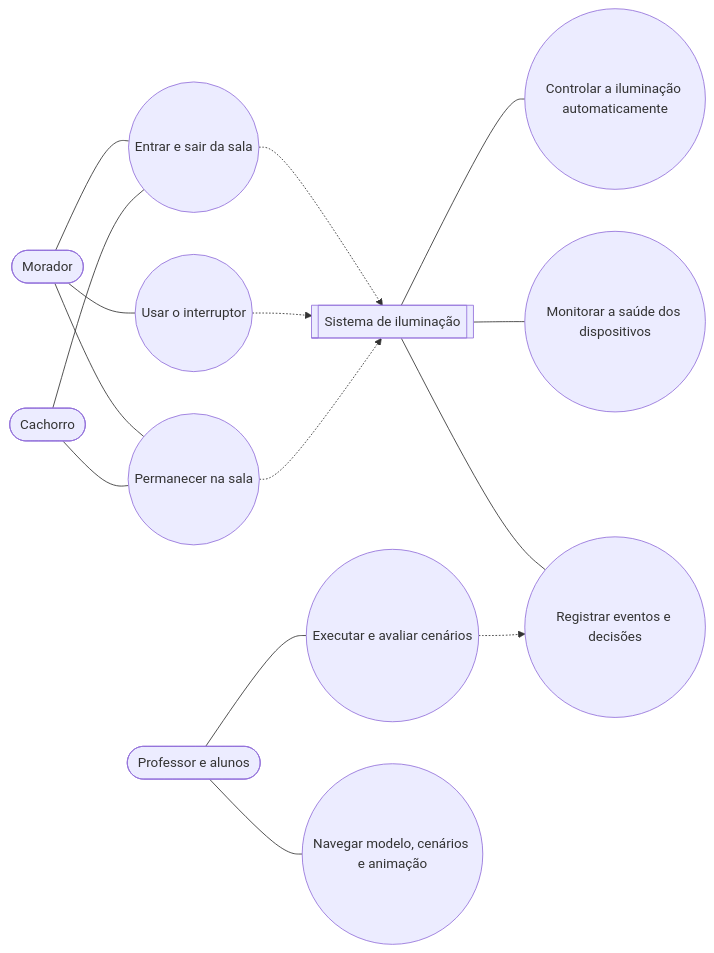
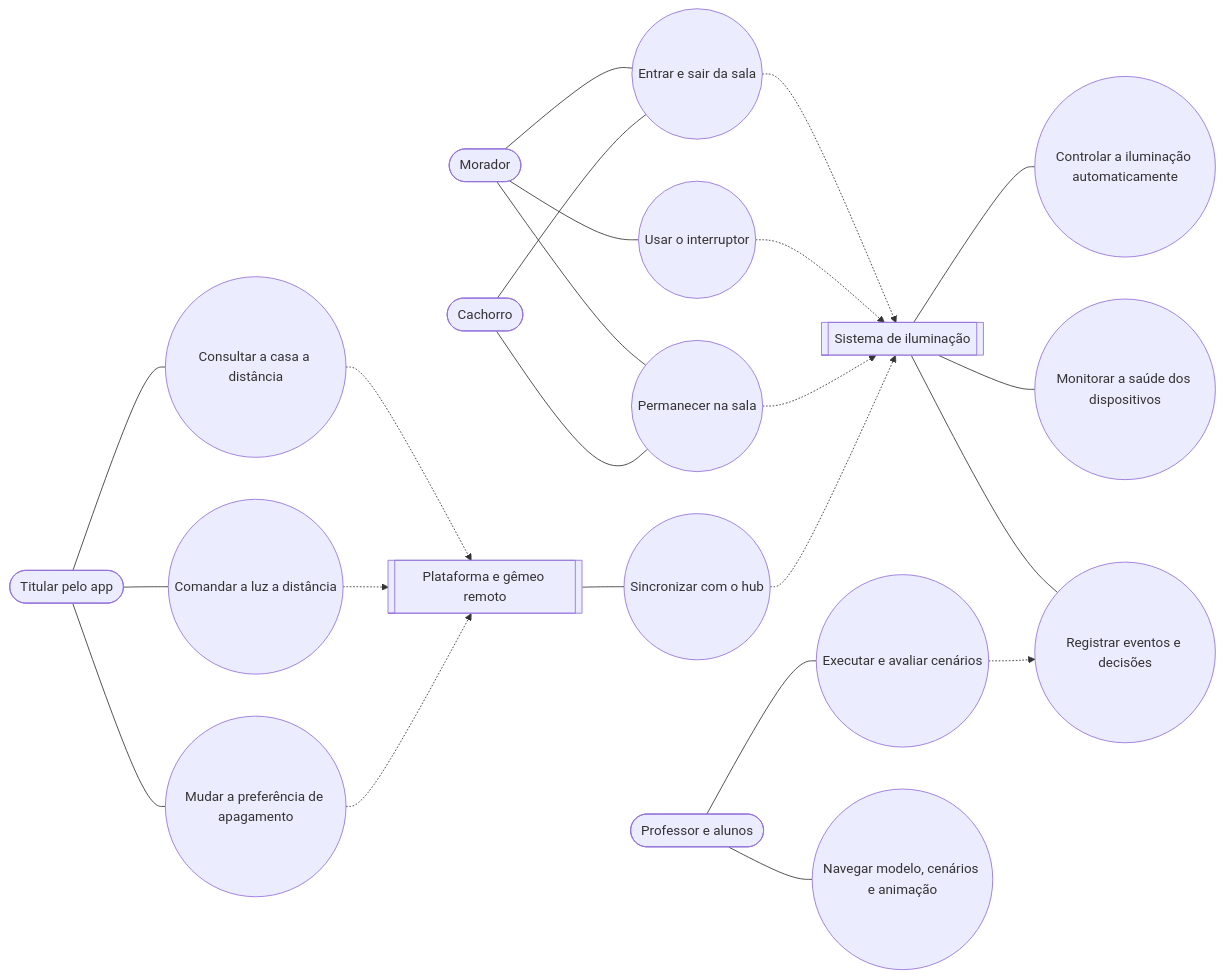
One commit to ReginaldoArakaki/PCS5039_ambiente_reg10k_vCl0 changed the diagram in docs/uml/casos-de-uso.mmd. Above: the diagram before and after it, drawn with Mermaid. The commit also changed 62 other files, not shown here.

```diff
--- a/docs/uml/casos-de-uso.mmd
+++ b/docs/uml/casos-de-uso.mmd
@@ -1,15 +1,23 @@
 flowchart LR
     MOR([Morador]) --- UC1((Entrar e sair da sala))
     CAO([Cachorro]) --- UC1
     MOR --- UC2((Usar o interruptor))
     MOR --- UC3((Permanecer na sala))
     CAO --- UC3
     UC1 -.-> SIS[[Sistema de iluminação]]
     UC2 -.-> SIS
     UC3 -.-> SIS
     SIS --- UC4((Controlar a iluminação automaticamente))
     SIS --- UC5((Monitorar a saúde dos dispositivos))
     SIS --- UC6((Registrar eventos e decisões))
+    TIT([Titular pelo app]) --- UC9((Consultar a casa a distância))
+    TIT --- UC10((Comandar a luz a distância))
+    TIT --- UC11((Mudar a preferência de apagamento))
+    UC9 -.-> PLT[[Plataforma e gêmeo remoto]]
+    UC10 -.-> PLT
+    UC11 -.-> PLT
+    PLT --- UC12((Sincronizar com o hub))
+    UC12 -.-> SIS
     PROF([Professor e alunos]) --- UC7((Executar e avaliar cenários))
     PROF --- UC8((Navegar modelo, cenários e animação))
     UC7 -.-> UC6
```
